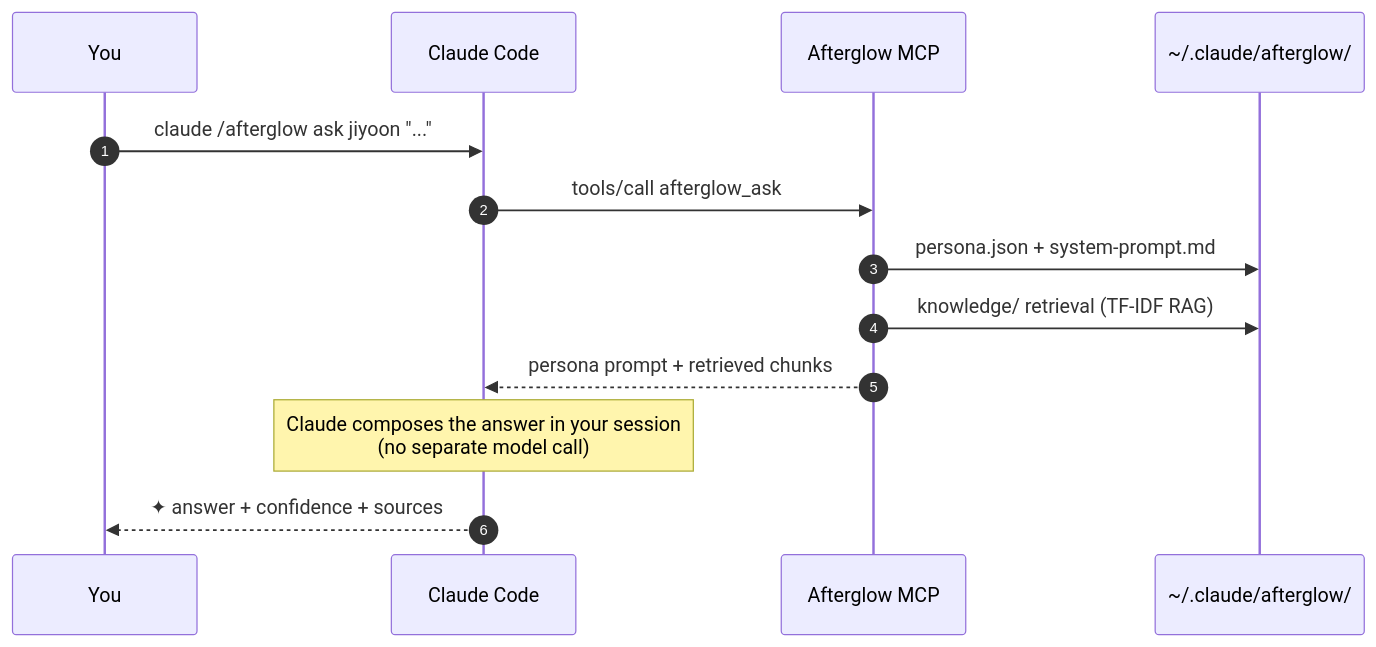
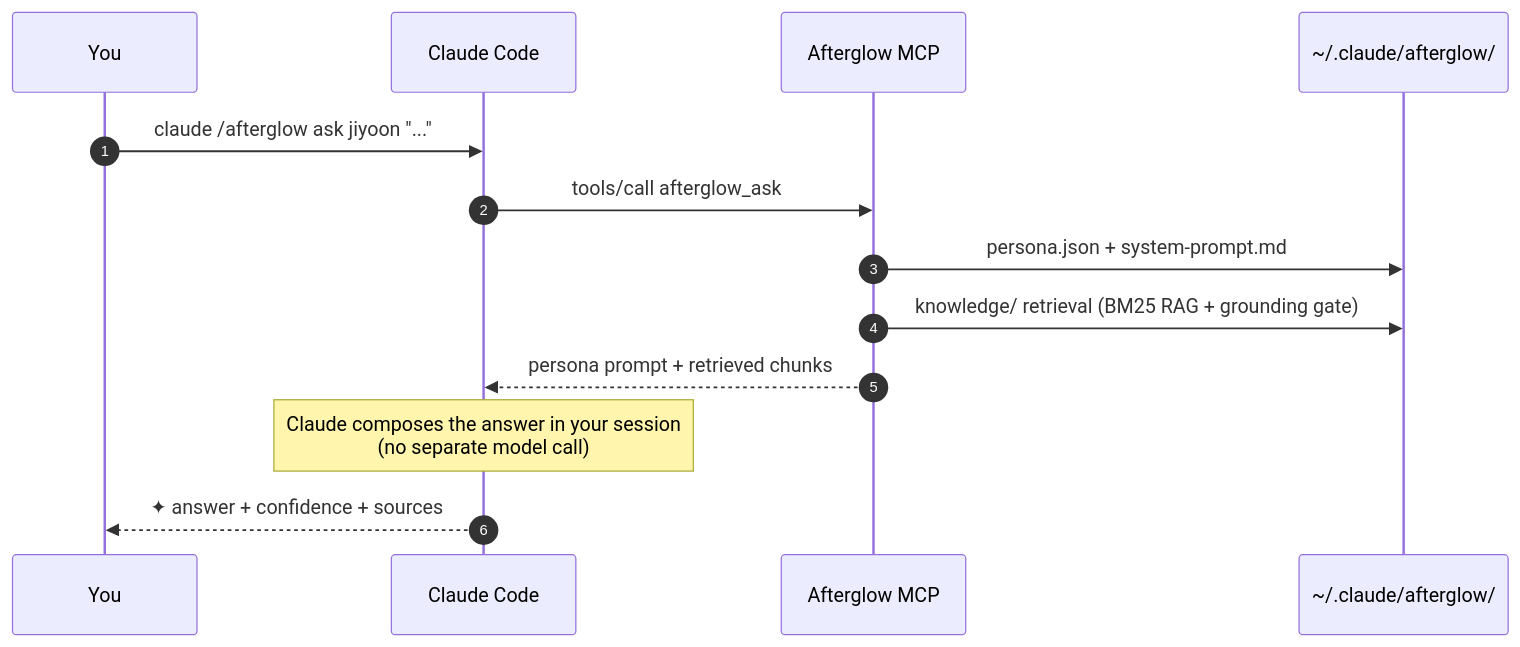
The diagram in README.md (DaeSeokSong/afterglow-claude-mcp), drawn with Mermaid before and after one commit. The commit also changed other lines of this file and 12 other files, not shown here.

First line of the commit message:
feat(v0.12): grounding gate — no answering with information that wasn't provided (#13)

````diff
--- a/README.md
+++ b/README.md
@@ -316,16 +316,16 @@
 ```mermaid
 sequenceDiagram
     autonumber
     participant U as You
     participant CC as Claude Code
     participant MCP as Afterglow MCP
     participant FS as ~/.claude/afterglow/
 
     U->>CC: claude /afterglow ask jiyoon "..."
     CC->>MCP: tools/call afterglow_ask
     MCP->>FS: persona.json + system-prompt.md
-    MCP->>FS: knowledge/ retrieval (TF-IDF RAG)
+    MCP->>FS: knowledge/ retrieval (BM25 RAG + grounding gate)
     MCP-->>CC: persona prompt + retrieved chunks
     Note over CC: Claude composes the answer in your session<br/>(no separate model call)
     CC-->>U: ✦ answer + confidence + sources
 ```
````
